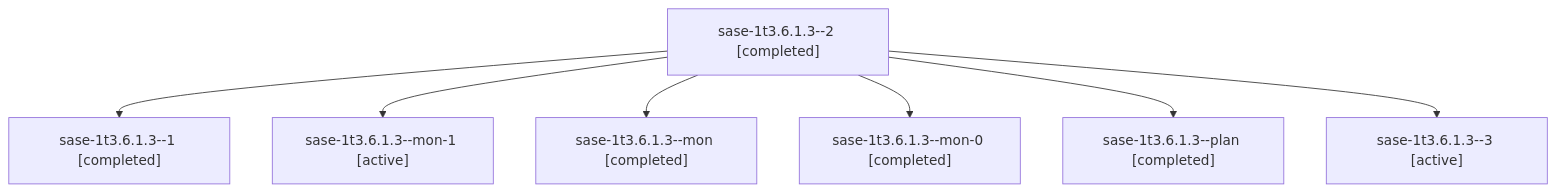
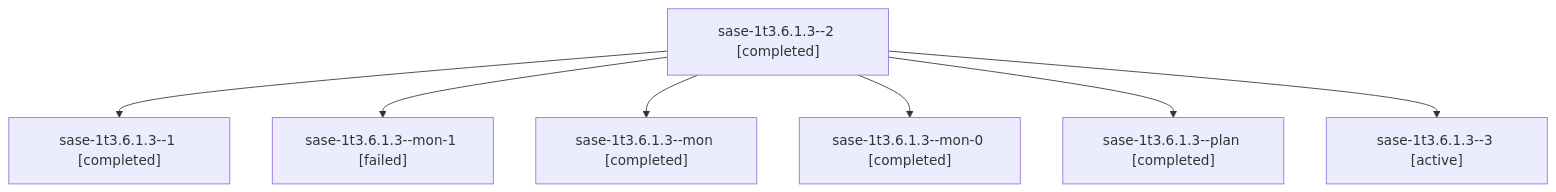
One commit to sase-org/sase--agents changed the diagram in sessions/bbugyi200.athena.sase-1t3.6.1.3.md. Above: the diagram before and after it, drawn with Mermaid. The commit also changed other lines of this file and 77 other files, not shown here.

````diff
--- a/sessions/bbugyi200.athena.sase-1t3.6.1.3.md
+++ b/sessions/bbugyi200.athena.sase-1t3.6.1.3.md
@@ -9,16 +9,16 @@
 ```mermaid
 flowchart TD
   n0["sase-1t3.6.1.3--2 [completed]"]
   n1["sase-1t3.6.1.3--1 [completed]"]
   n0 --> n1
-  n2["sase-1t3.6.1.3--mon-1 [active]"]
+  n2["sase-1t3.6.1.3--mon-1 [failed]"]
   n0 --> n2
   n3["sase-1t3.6.1.3--mon [completed]"]
   n0 --> n3
   n4["sase-1t3.6.1.3--mon-0 [completed]"]
   n0 --> n4
   n5["sase-1t3.6.1.3--plan [completed]"]
   n0 --> n5
   n6["sase-1t3.6.1.3--3 [active]"]
   n0 --> n6
 ```
````
